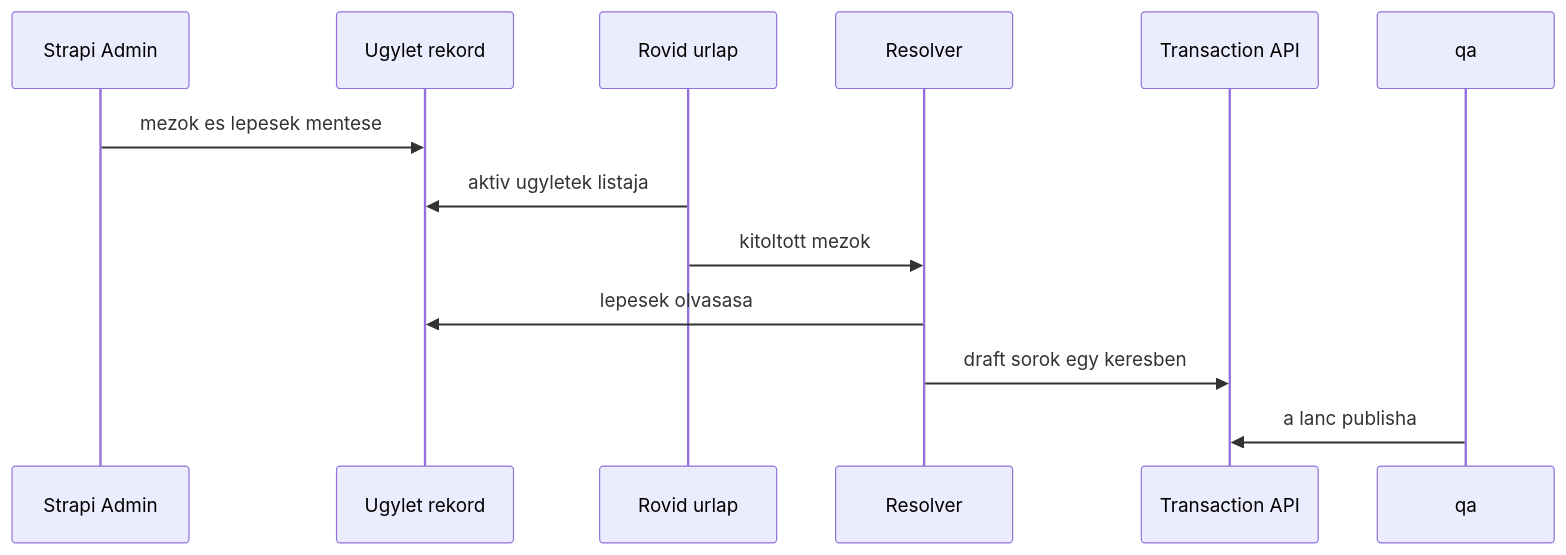
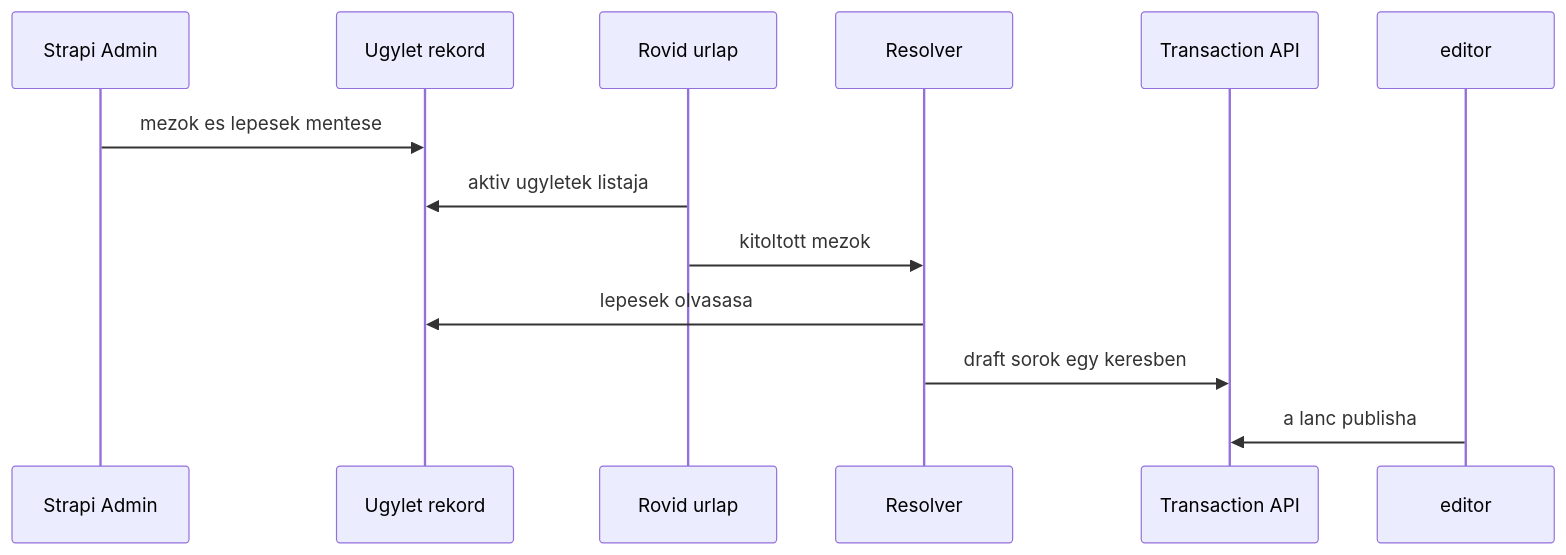
One commit to pitiboy/curr changed the first of 3 diagrams in docs/transaction-workflow.md. Above: the diagram before and after it, drawn with Mermaid. The commit also changed other lines of this file and 16 other files, not shown here.

````diff
--- a/docs/transaction-workflow.md
+++ b/docs/transaction-workflow.md
@@ -243,16 +243,16 @@
 ```mermaid
 sequenceDiagram
   participant Admin as Strapi Admin
   participant Ugylet as Ugylet rekord
   participant Form as Rovid urlap
   participant Resolver as Resolver
   participant Api as Transaction API
-  participant Qa as qa
+  participant Editor as editor
 
   Admin->>Ugylet: mezok es lepesek mentese
   Form->>Ugylet: aktiv ugyletek listaja
   Form->>Resolver: kitoltott mezok
   Resolver->>Ugylet: lepesek olvasasa
   Resolver->>Api: draft sorok egy keresben
-  Qa->>Api: a lanc publisha
+  Editor->>Api: a lanc publisha
 ```
````
